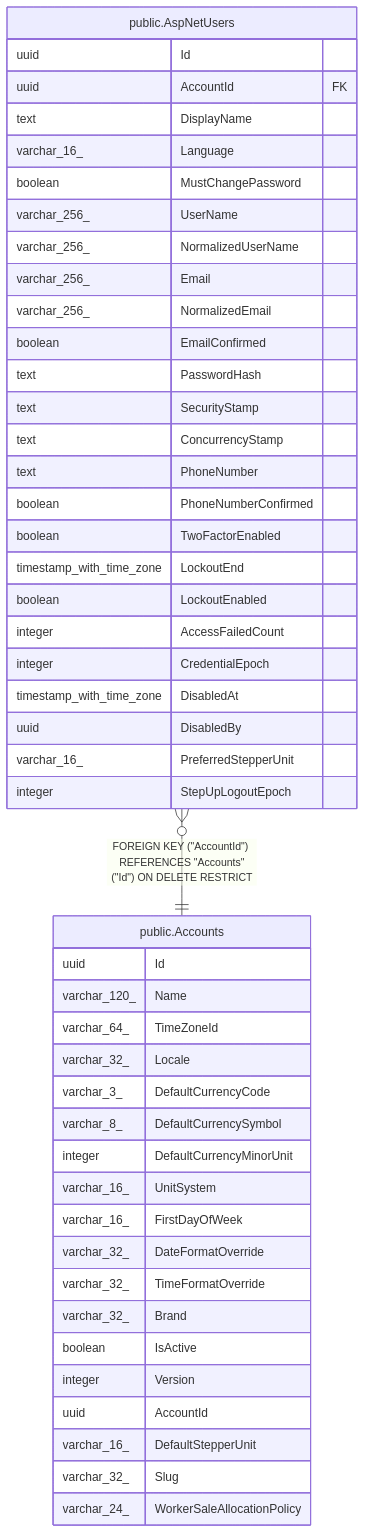
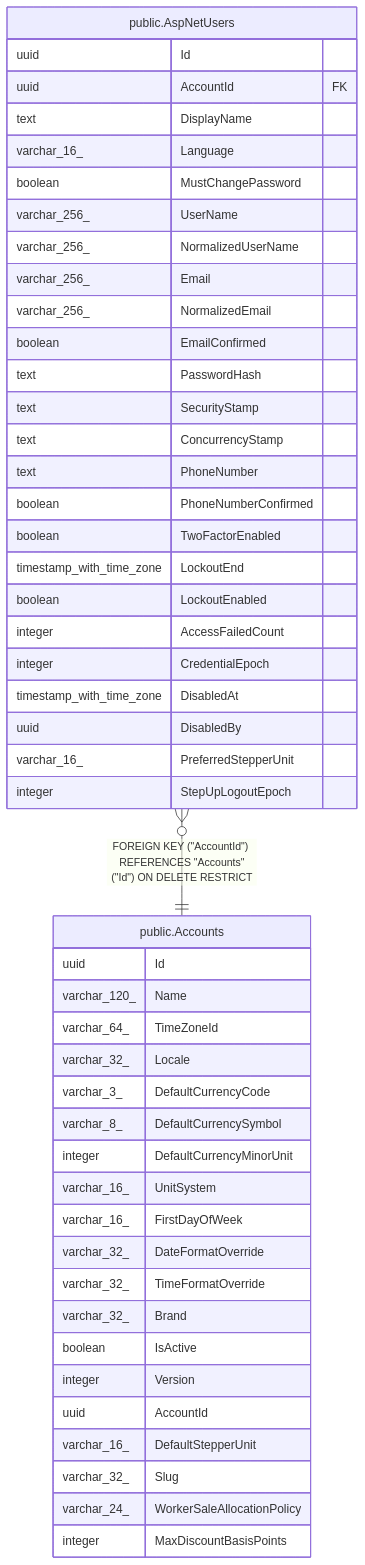
Before and after one commit to mforce/cluckwork: the diagram in docs/schema/public.Accounts.md, drawn with Mermaid. The commit also changed other lines of this file and 46 other files, not shown here.

````diff
--- a/docs/schema/public.Accounts.md
+++ b/docs/schema/public.Accounts.md
@@ -61,52 +63,53 @@
 ```mermaid
 erDiagram
 
 "public.AspNetUsers" }o--|| "public.Accounts" : "FOREIGN KEY (#quot;AccountId#quot;) REFERENCES #quot;Accounts#quot;(#quot;Id#quot;) ON DELETE RESTRICT"
 
 "public.Accounts" {
   uuid Id
   varchar_120_ Name
   varchar_64_ TimeZoneId
   varchar_32_ Locale
   varchar_3_ DefaultCurrencyCode
   varchar_8_ DefaultCurrencySymbol
   integer DefaultCurrencyMinorUnit
   varchar_16_ UnitSystem
   varchar_16_ FirstDayOfWeek
   varchar_32_ DateFormatOverride
   varchar_32_ TimeFormatOverride
   varchar_32_ Brand
   boolean IsActive
   integer Version
   uuid AccountId
   varchar_16_ DefaultStepperUnit
   varchar_32_ Slug
   varchar_24_ WorkerSaleAllocationPolicy
+  integer MaxDiscountBasisPoints
 }
 "public.AspNetUsers" {
   uuid Id
   uuid AccountId FK
   text DisplayName
   varchar_16_ Language
   boolean MustChangePassword
   varchar_256_ UserName
   varchar_256_ NormalizedUserName
   varchar_256_ Email
   varchar_256_ NormalizedEmail
   boolean EmailConfirmed
   text PasswordHash
   text SecurityStamp
   text ConcurrencyStamp
   text PhoneNumber
   boolean PhoneNumberConfirmed
   boolean TwoFactorEnabled
   timestamp_with_time_zone LockoutEnd
   boolean LockoutEnabled
   integer AccessFailedCount
   integer CredentialEpoch
   timestamp_with_time_zone DisabledAt
   uuid DisabledBy
   varchar_16_ PreferredStepperUnit
   integer StepUpLogoutEpoch
 }
 ```
````
